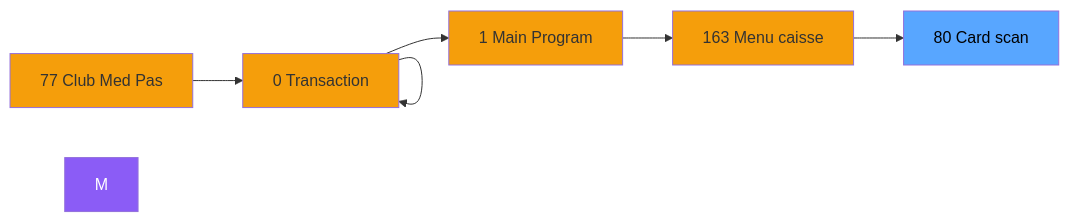
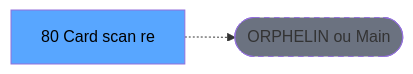
The second of 3 diagrams in .openspec/renders/ADH-IDE-80.md (thonyAGP/lecteur-magic), drawn with Mermaid before and after one commit. The commit also changed other lines of this file and 701 other files, not shown here.

````diff
--- a/.openspec/renders/ADH-IDE-80.md
+++ b/.openspec/renders/ADH-IDE-80.md
@@ -120,21 +118,8 @@
 ```mermaid
 graph LR
-    N77[77 Club Med Pas]
-    N0[0 Transaction ]
-    N0[0 Transaction ]
-    N1[1 Main Program]
-    N163[163 Menu caisse ]
-    T[80    Card scan]
-    N77 --> N0
-    N0 --> N0
-    N0 --> N1
-    N1 --> N163
-    N163 --> T
-    style M fill:#8b5cf6,color:#fff
-    style N77 fill:#f59e0b
-    style N0 fill:#f59e0b
-    style N0 fill:#f59e0b
-    style N1 fill:#f59e0b
-    style N163 fill:#f59e0b
+    T[80    Card scan re]
+    ORPHAN([ORPHELIN ou Main])
+    T -.-> ORPHAN
     style T fill:#58a6ff,color:#000
+    style ORPHAN fill:#6b7280,stroke-dasharray: 5 5
 ```
````
